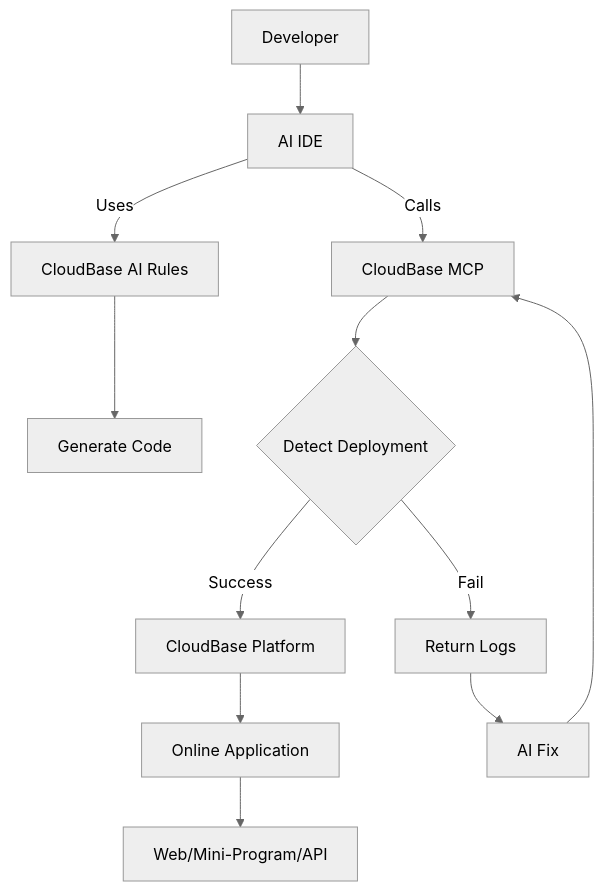
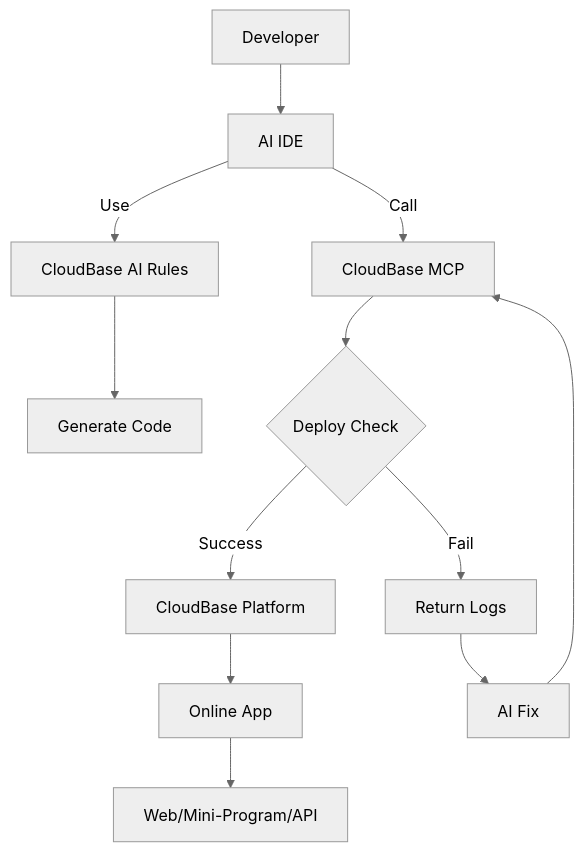
One commit to TencentCloudBase/CloudBase-AI-ToolKit changed the diagram in README-EN.md. Above: the diagram before and after it, drawn with Mermaid (neutral theme). The commit also changed other lines of this file, not shown here.

````diff
--- a/README-EN.md
+++ b/README-EN.md
@@ -927,14 +432,14 @@
 ```mermaid
 graph TD
     A[Developer] --> B[AI IDE]
-    B -->|Uses| C[CloudBase AI Rules]
+    B -->|Use| C[CloudBase AI Rules]
     C --> D[Generate Code]
-    B -->|Calls| E[CloudBase MCP]
-    E --> F{Detect Deployment}
+    B -->|Call| E[CloudBase MCP]
+    E --> F{Deploy Check}
     F -->|Success| G[CloudBase Platform]
     F -->|Fail| H[Return Logs]
     H --> I[AI Fix]
     I --> E
-    G --> J[Online Application]
+    G --> J[Online App]
     J --> K[Web/Mini-Program/API]
 ```
````
